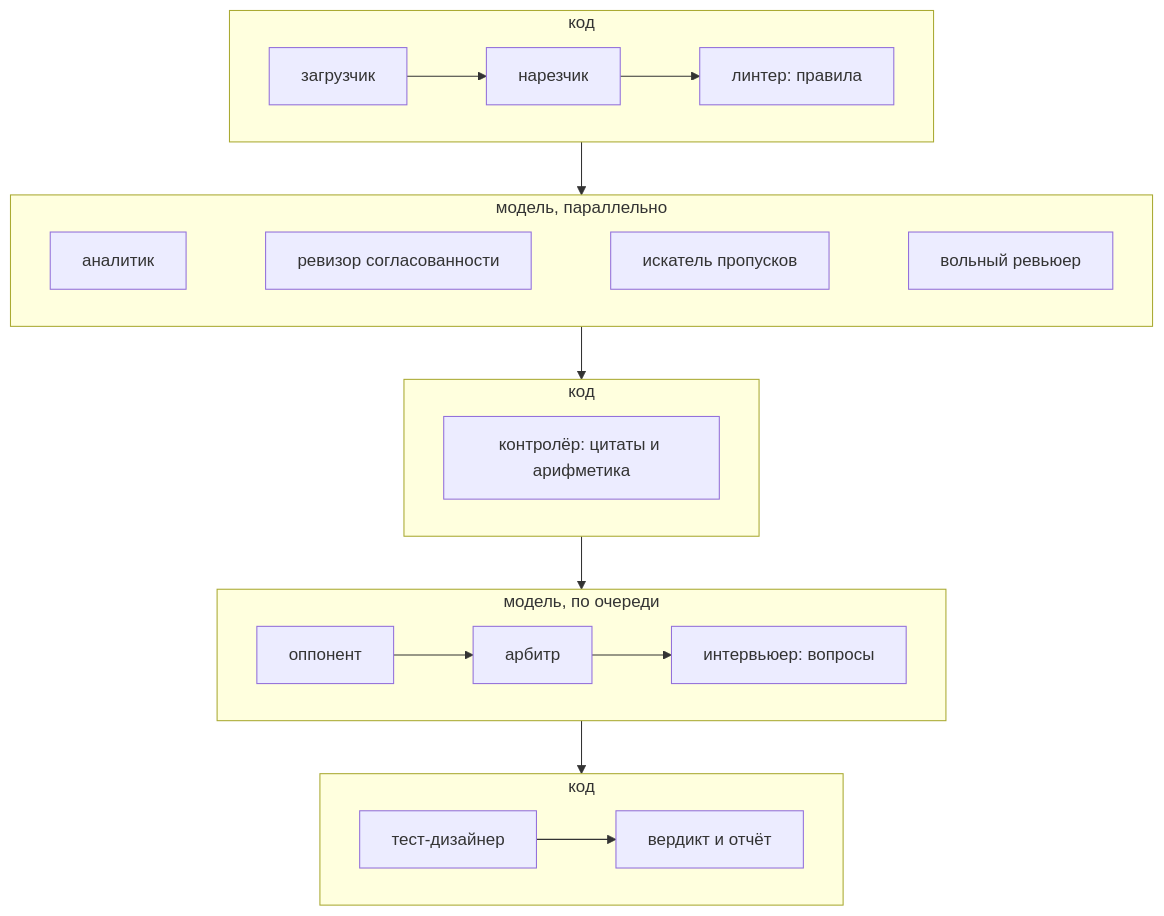
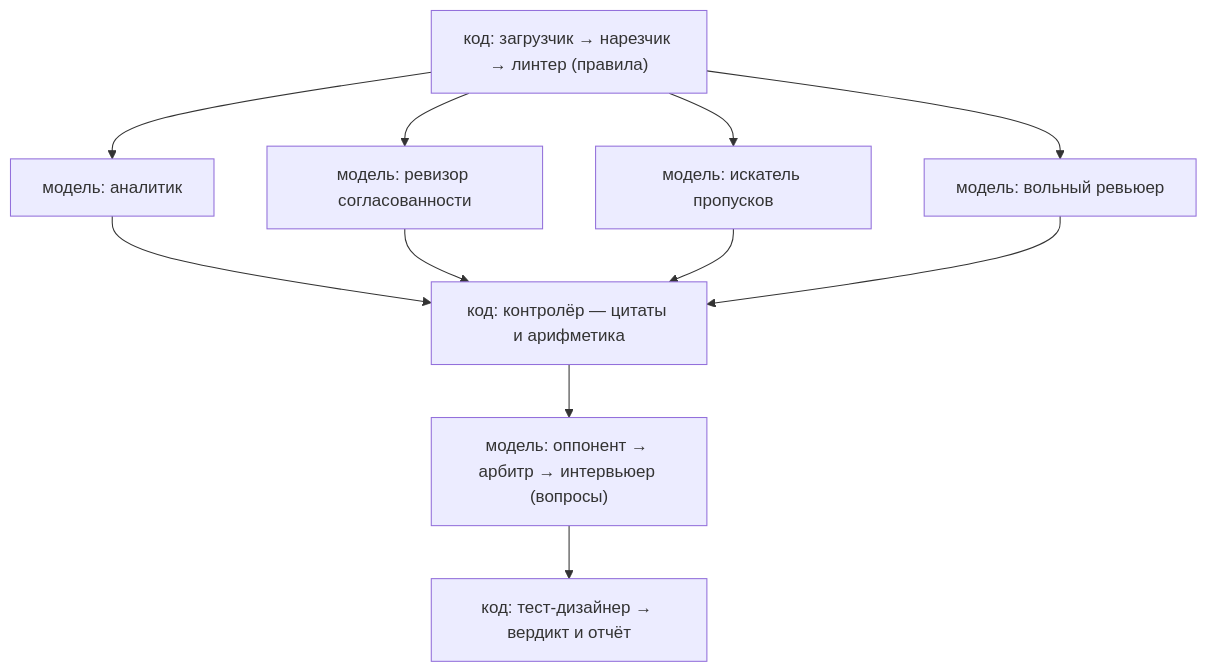
The diagram in README.md (user1618phi/dalel), drawn with Mermaid before and after one commit.

Commit message:
README: simpler pipeline diagram that renders on GitHub

````diff
--- a/README.md
+++ b/README.md
@@ -52,23 +52,14 @@
 ```mermaid
 flowchart TD
-  subgraph P1 ["код"]
-    direction LR
-    L["загрузчик"] --> N["нарезчик"] --> R["линтер: правила"]
-  end
-  subgraph P2 ["модель, параллельно"]
-    direction LR
-    A["аналитик"] ~~~ S["ревизор согласованности"] ~~~ G["искатель пропусков"] ~~~ F["вольный ревьюер"]
-  end
-  subgraph P3 ["код"]
-    V["контролёр: цитаты и арифметика"]
-  end
-  subgraph P4 ["модель, по очереди"]
-    direction LR
-    O["оппонент"] --> AR["арбитр"] --> Q["интервьюер: вопросы"]
-  end
-  subgraph P5 ["код"]
-    direction LR
-    T["тест-дизайнер"] --> OUT["вердикт и отчёт"]
-  end
-  P1 --> P2 --> P3 --> P4 --> P5
+  C1["код: загрузчик → нарезчик → линтер (правила)"]
+  C1 --> A["модель: аналитик"]
+  C1 --> S["модель: ревизор согласованности"]
+  C1 --> G["модель: искатель пропусков"]
+  C1 --> F["модель: вольный ревьюер"]
+  A --> V["код: контролёр — цитаты и арифметика"]
+  S --> V
+  G --> V
+  F --> V
+  V --> M["модель: оппонент → арбитр → интервьюер (вопросы)"]
+  M --> C3["код: тест-дизайнер → вердикт и отчёт"]
 ```
````
